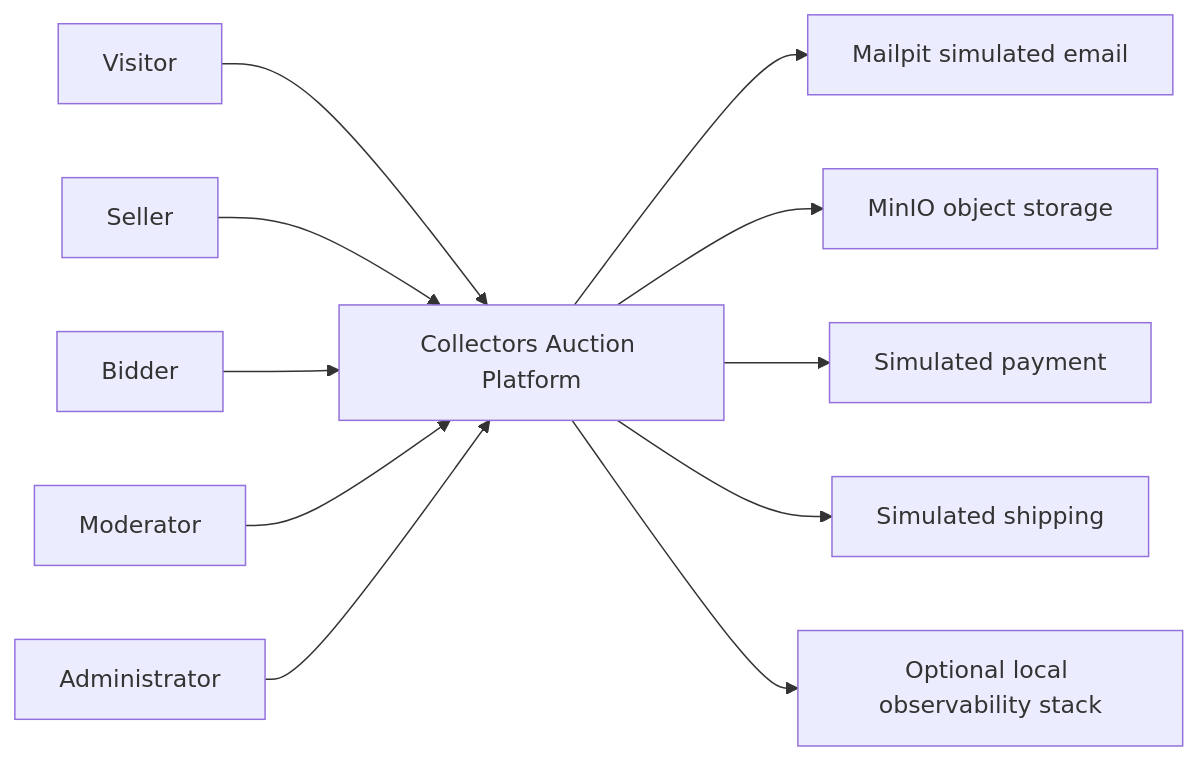
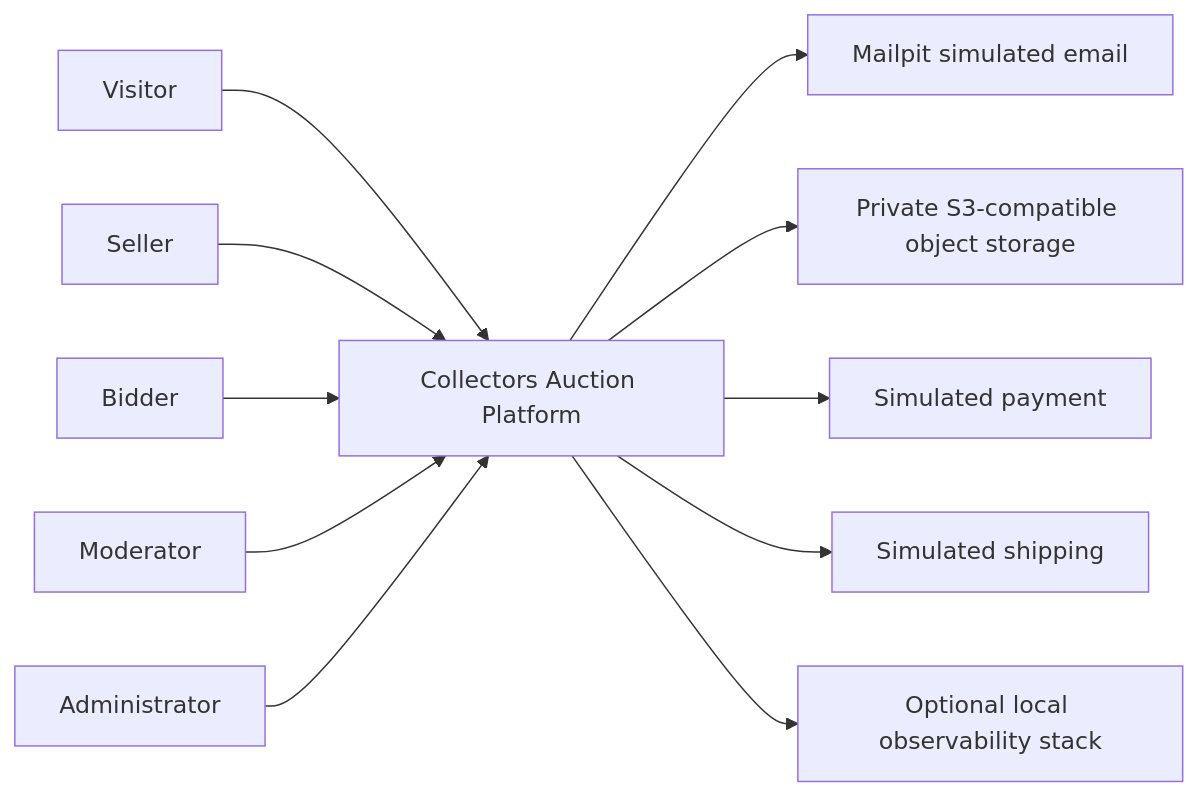
One commit to klisman99/collectors-auction-platform changed the diagram in docs/architecture/system-context.md. Above: the diagram before and after it, drawn with Mermaid. The commit also changed other lines of this file and 20 other files, not shown here.

Commit message:
Replace MinIO storage with S3 adapter and SeaweedFS

```diff
--- a/docs/architecture/system-context.md
+++ b/docs/architecture/system-context.md
@@ -7,13 +7,13 @@
 ~~~mermaid
 flowchart LR
     Visitor[Visitor] --> Platform[Collectors Auction Platform]
     Seller[Seller] --> Platform
     Bidder[Bidder] --> Platform
     Moderator[Moderator] --> Platform
     Administrator[Administrator] --> Platform
     Platform --> Email[Mailpit simulated email]
-    Platform --> Objects[MinIO object storage]
+    Platform --> Objects[Private S3-compatible object storage]
     Platform --> Payment[Simulated payment]
     Platform --> Shipping[Simulated shipping]
     Platform --> Observability[Optional local observability stack]
 ~~~
```
